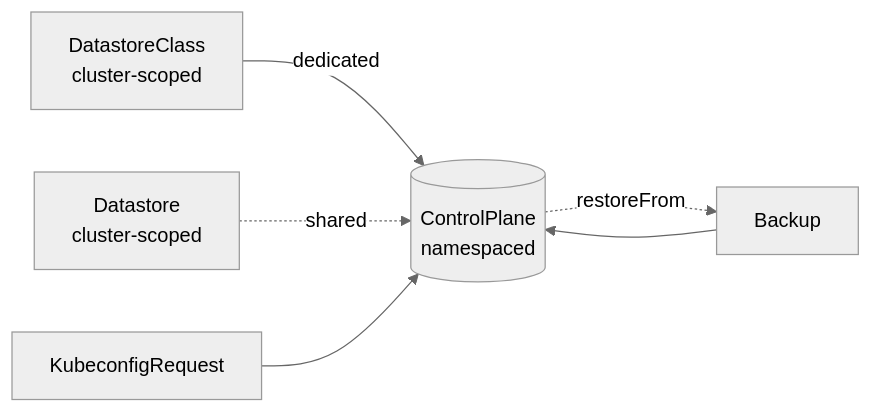
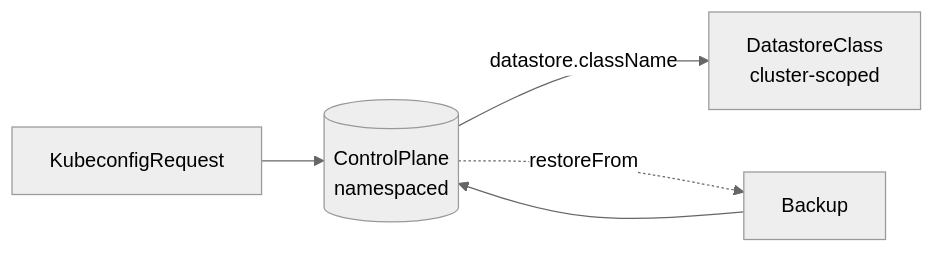
Before and after one commit to lodia-io/lodia: the first of 7 diagrams in docs/README.md, drawn with Mermaid (neutral theme). The commit also changed other lines of this file and 109 other files, not shown here.

````diff
--- a/docs/README.md
+++ b/docs/README.md
@@ -29,9 +29,7 @@
 ```mermaid
 flowchart LR
-  DSC[DatastoreClass<br/>cluster-scoped] -- dedicated --> CP
-  DS[Datastore<br/>cluster-scoped] -. shared .-> CP
-  CP[("ControlPlane<br/>namespaced")]
+  CP[("ControlPlane<br/>namespaced")] -- datastore.className --> DSC[DatastoreClass<br/>cluster-scoped]
   KR[KubeconfigRequest] --> CP
   BK[Backup] --> CP
   CP -. restoreFrom .-> BK
 ```
````
